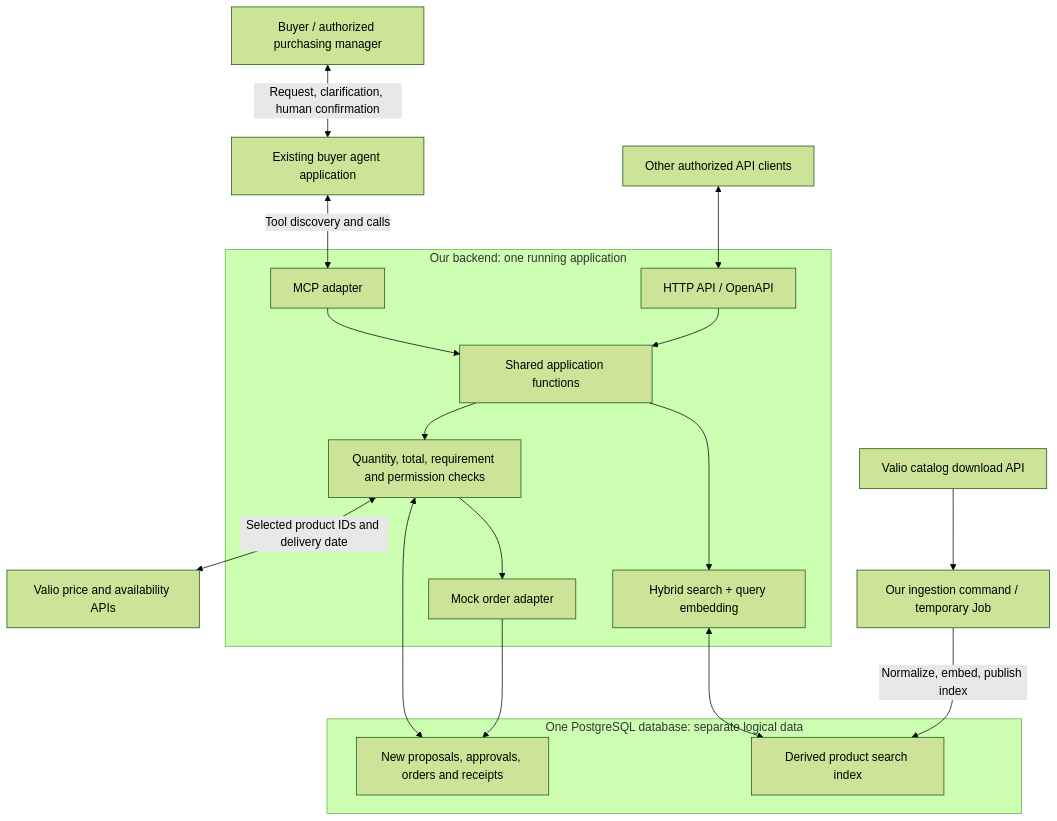
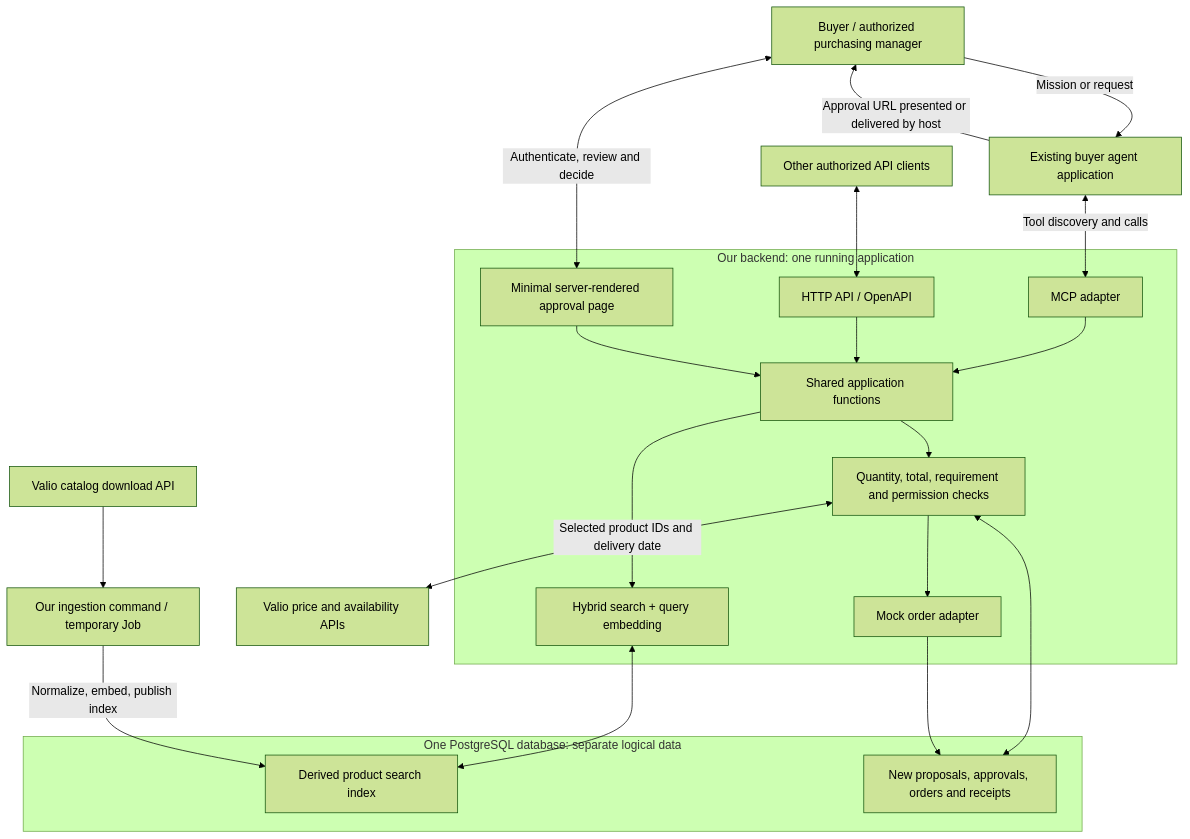
The first of 3 diagrams in docs/brief.md (Junction-Best-Team/Main-Application), drawn with Mermaid (forest theme) before and after one commit. The commit also changed other lines of this file and 3 other files, not shown here.

Commit message:
docs: add minimal hosted approval page to the MVP

````diff
--- a/docs/brief.md
+++ b/docs/brief.md
@@ -30,26 +31,29 @@
 ```mermaid
 flowchart TB
-    Buyer["Buyer / authorized purchasing manager"] <-->|"Request, clarification, human confirmation"| Agent["Existing buyer agent application"]
+    Buyer["Buyer / authorized purchasing manager"] -->|"Mission or request"| Agent["Existing buyer agent application"]
+    Agent -->|"Approval URL presented or delivered by host"| Buyer
+    Buyer <-->|"Authenticate, review and decide"| Page
     Agent <-->|"Tool discovery and calls"| MCP
     Client["Other authorized API clients"] <--> HTTP
 
     subgraph App["Our backend: one running application"]
         MCP["MCP adapter"] --> Core["Shared application functions"]
         HTTP["HTTP API / OpenAPI"] --> Core
+        Page["Minimal server-rendered approval page"] --> Core
         Core --> Search["Hybrid search + query embedding"]
         Core --> Validate["Quantity, total, requirement and permission checks"]
         Validate --> Order["Mock order adapter"]
     end
 
     subgraph DB["One PostgreSQL database: separate logical data"]
         Index["Derived product search index"]
         Transactions["New proposals, approvals, orders and receipts"]
     end
 
     Search <--> Index
     Validate <--> Transactions
     Order --> Transactions
     Validate <-->|"Selected product IDs and delivery date"| Dynamic["Valio price and availability APIs"]
     Download["Valio catalog download API"] --> Import["Our ingestion command / temporary Job"]
     Import -->|"Normalize, embed, publish index"| Index
 ```
````
